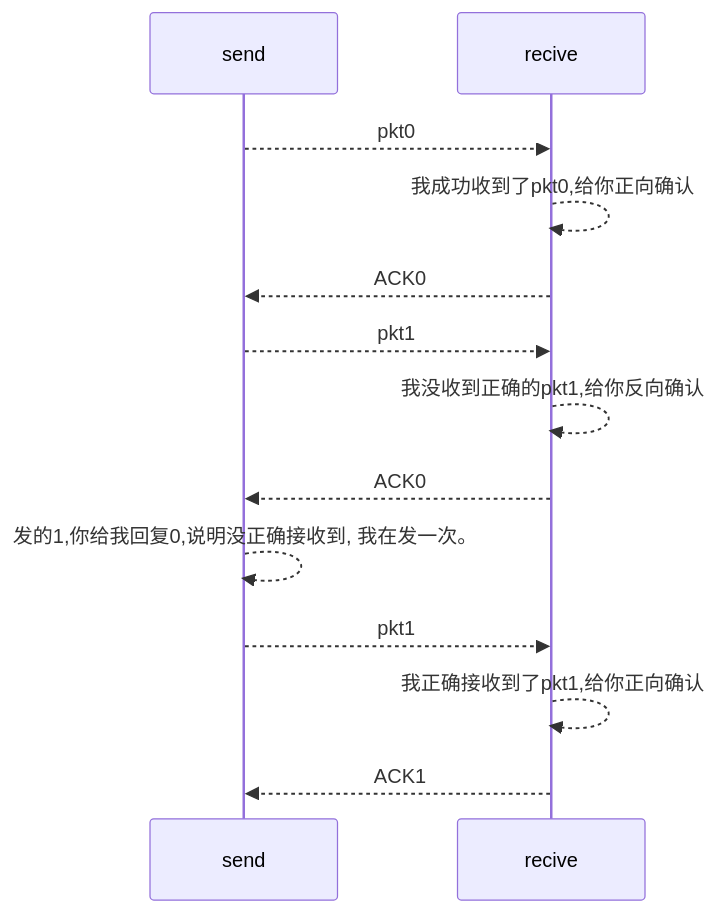
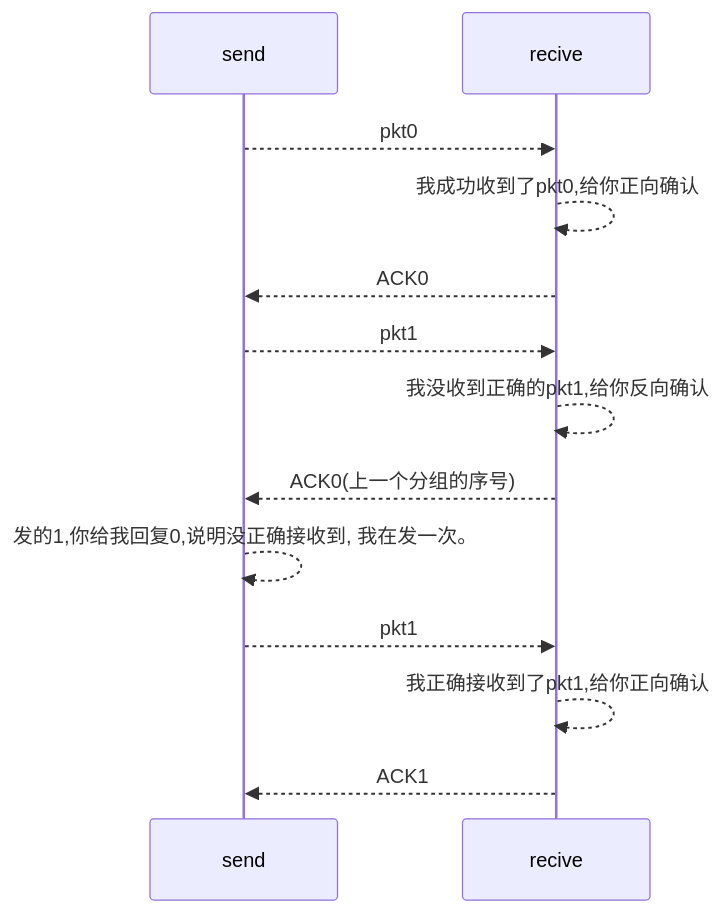
Before and after one commit to csliujw/CodeNotes: the third of 14 diagrams in CS-Course/计算机网络-自顶向下方法.md, drawn with Mermaid. The commit also changed other lines of this file, not shown here.

````diff
--- a/CS-Course/计算机网络-自顶向下方法.md
+++ b/CS-Course/计算机网络-自顶向下方法.md
@@ -398,15 +397,15 @@
 ```mermaid
 sequenceDiagram
 participant s as send
 participant r as recive
 s-->>r:pkt0
 r-->>r:我成功收到了pkt0,给你正向确认
 r-->>s:ACK0
 s-->>r:pkt1
 r-->>r:我没收到正确的pkt1,给你反向确认
-r-->>s:ACK0
+r-->>s:ACK0(上一个分组的序号)
 s-->>s:发的1,你给我回复0,说明没正确接收到, 我在发一次。
 s-->>r:pkt1
 r-->>r:我正确接收到了pkt1,给你正向确认
 r-->>s:ACK1
 ```
````
